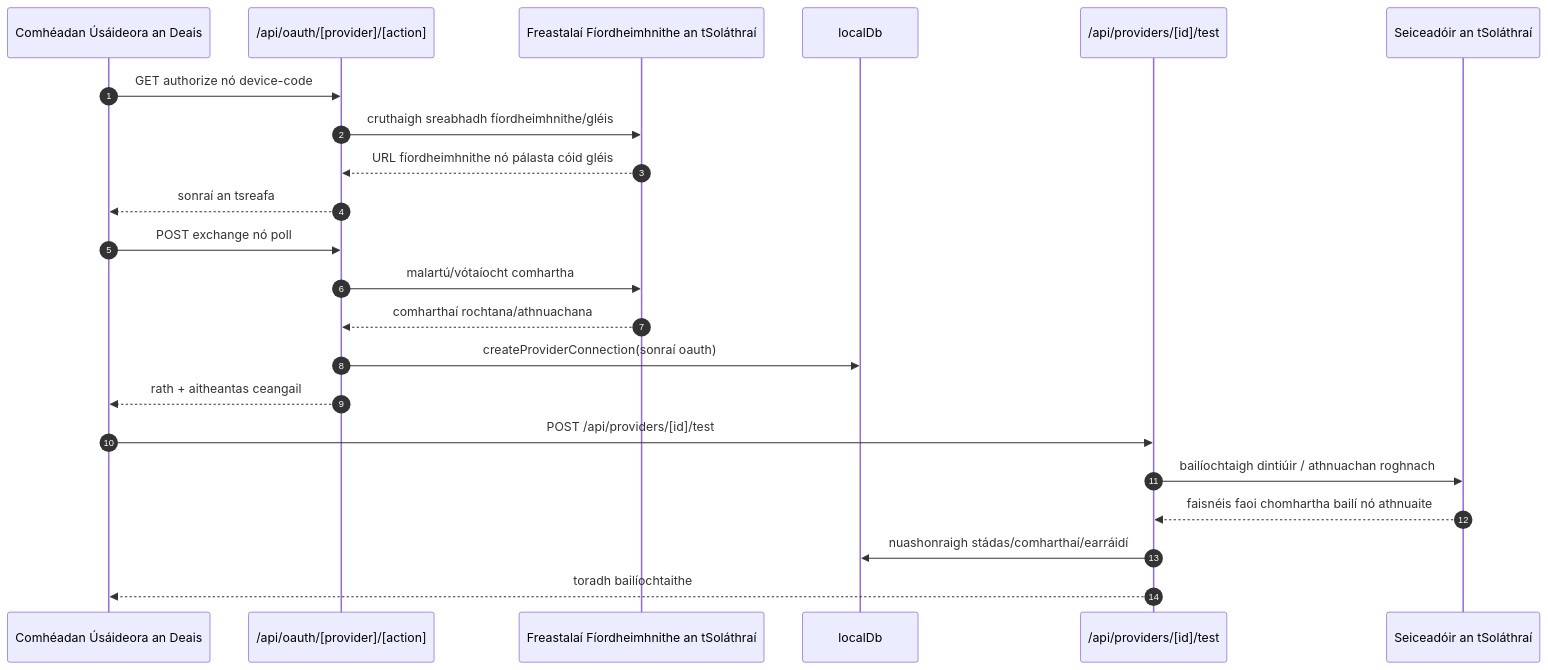
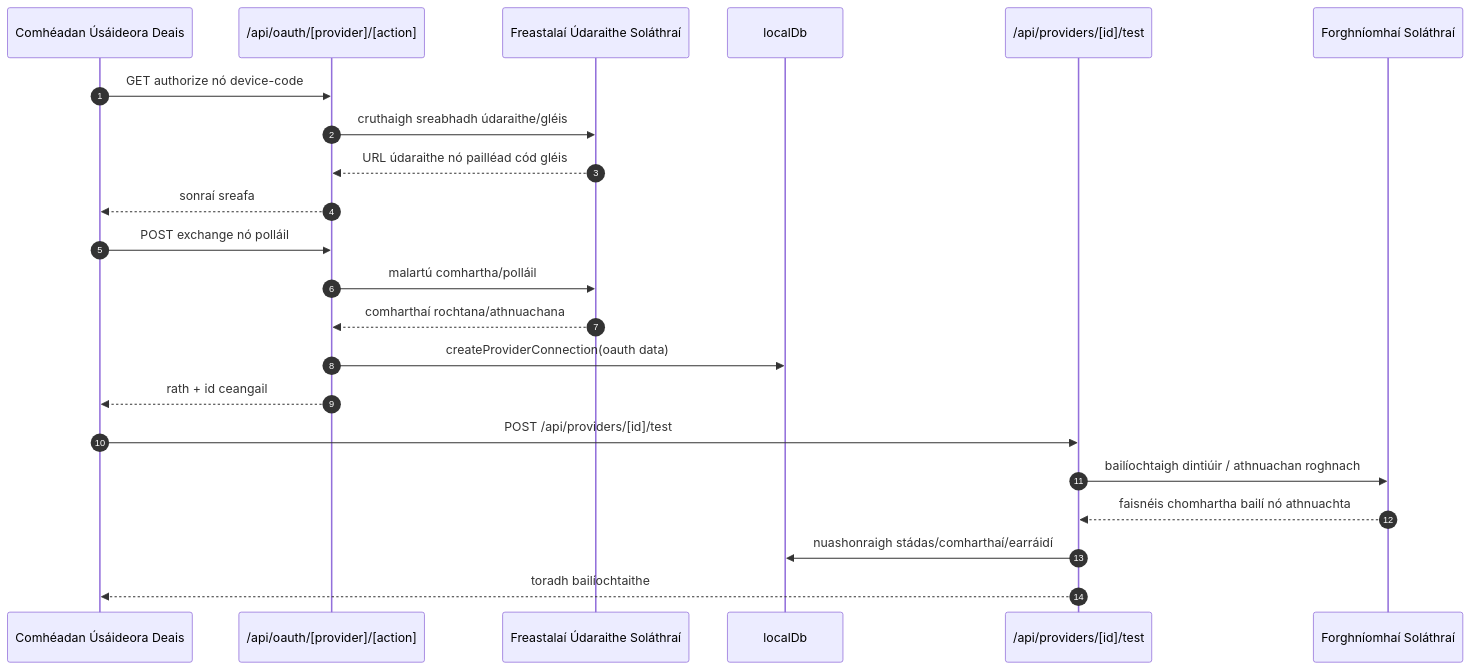
Before and after one commit to niyatna/NiyatnaRoute: the fourth of 7 diagrams in docs/i18n/ga/docs/architecture/ARCHITECTURE.md, drawn with Mermaid. The commit also changed other lines of this file and 2447 other files, not shown here.

````diff
--- a/docs/i18n/ga/docs/architecture/ARCHITECTURE.md
+++ b/docs/i18n/ga/docs/architecture/ARCHITECTURE.md
@@ -635,27 +643,27 @@
 ```mermaid
 sequenceDiagram
     autonumber
-    participant UI as Comhéadan Úsáideora an Deais
+    participant UI as Comhéadan Úsáideora Deais
     participant OAuth as /api/oauth/[provider]/[action]
-    participant ProvAuth as Freastalaí Fíordheimhnithe an tSoláthraí
+    participant ProvAuth as Freastalaí Údaraithe Soláthraí
     participant DB as localDb
     participant Test as /api/providers/[id]/test
-    participant Exec as Seiceadóir an tSoláthraí
+    participant Exec as Forghníomhaí Soláthraí
 
     UI->>OAuth: GET authorize nó device-code
-    OAuth->>ProvAuth: cruthaigh sreabhadh fíordheimhnithe/gléis
-    ProvAuth-->>OAuth: URL fíordheimhnithe nó pálasta cóid gléis
-    OAuth-->>UI: sonraí an tsreafa
+    OAuth->>ProvAuth: cruthaigh sreabhadh údaraithe/gléis
+    ProvAuth-->>OAuth: URL údaraithe nó pailléad cód gléis
+    OAuth-->>UI: sonraí sreafa
 
-    UI->>OAuth: POST exchange nó poll
-    OAuth->>ProvAuth: malartú/vótaíocht comhartha
+    UI->>OAuth: POST exchange nó polláil
+    OAuth->>ProvAuth: malartú comhartha/polláil
     ProvAuth-->>OAuth: comharthaí rochtana/athnuachana
-    OAuth->>DB: createProviderConnection(sonraí oauth)
-    OAuth-->>UI: rath + aitheantas ceangail
+    OAuth->>DB: createProviderConnection(oauth data)
+    OAuth-->>UI: rath + id ceangail
 
     UI->>Test: POST /api/providers/[id]/test
     Test->>Exec: bailíochtaigh dintiúir / athnuachan roghnach
-    Exec-->>Test: faisnéis faoi chomhartha bailí nó athnuaite
+    Exec-->>Test: faisnéis chomhartha bailí nó athnuachta
     Test->>DB: nuashonraigh stádas/comharthaí/earráidí
     Test-->>UI: toradh bailíochtaithe
 ```
````
